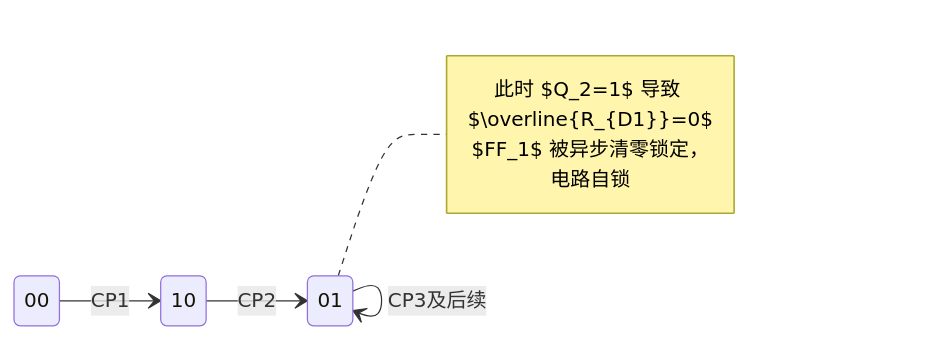
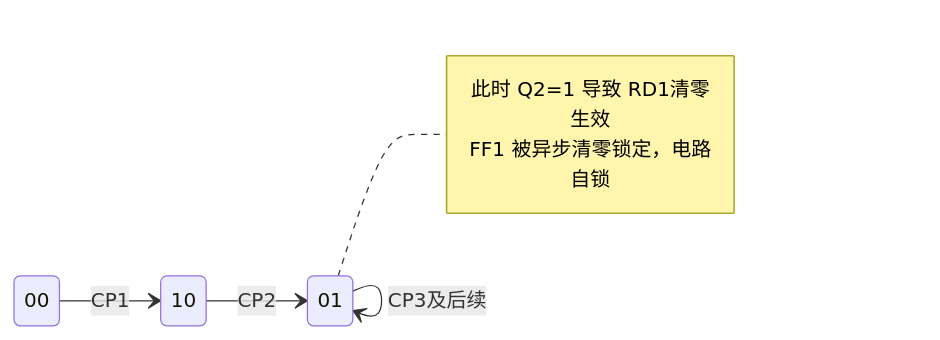
Before and after one commit to Treasoni/kaoyan: the diagram in 考研专业课/数字电子技术/6-时序逻辑电路/错题本.md, drawn with Mermaid. The commit also changed other lines of this file and 1 other file, not shown here.

Commit message:
vault backup: 2026-05-07 19:41:22

````diff
--- a/考研专业课/数字电子技术/6-时序逻辑电路/错题本.md
+++ b/考研专业课/数字电子技术/6-时序逻辑电路/错题本.md
@@ -60,11 +60,11 @@
 ```mermaid
 stateDiagram-v2
     direction LR
     00 --> 10 : CP1
     10 --> 01 : CP2
     01 --> 01 : CP3及后续
     note right of 01
-      此时 $Q_2=1$ 导致 $\overline{R_{D1}}=0$
-      $FF_1$ 被异步清零锁定，电路自锁
+      此时 Q2=1 导致 RD1清零生效
+      FF1 被异步清零锁定，电路自锁
     end note
 ```
````
